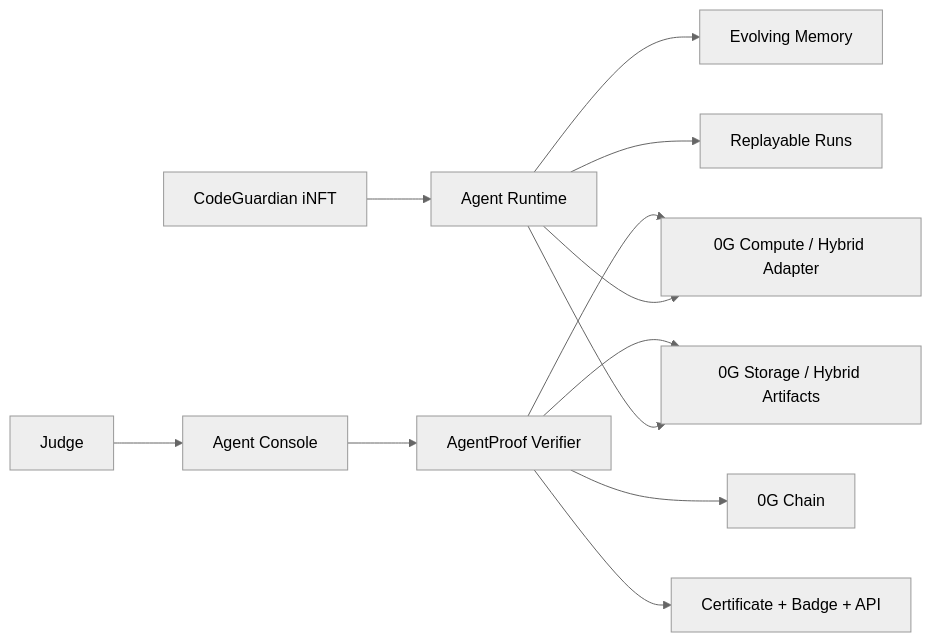
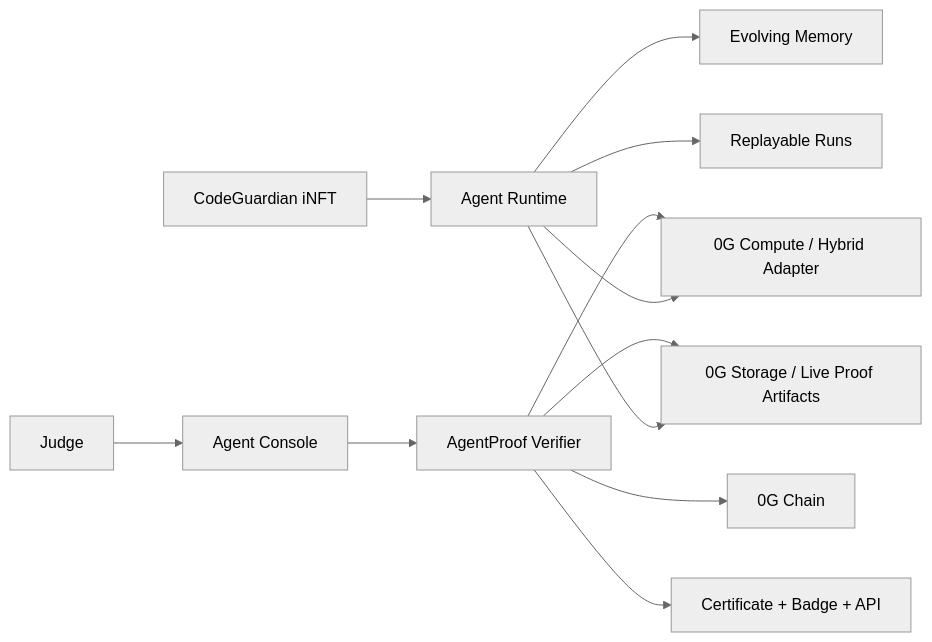
Before and after one commit to fefe102/Proof-of-Intelligence-Explorer: the diagram in README.md, drawn with Mermaid (neutral theme). The commit also changed other lines of this file and 9 other files, not shown here.

Commit message:
docs: align submission with live proof evidence

````diff
--- a/README.md
+++ b/README.md
@@ -191,14 +194,14 @@
 ```mermaid
 flowchart LR
   CodeGuardian["CodeGuardian iNFT"] --> Runtime["Agent Runtime"]
   Runtime --> Memory["Evolving Memory"]
   Runtime --> Trace["Replayable Runs"]
   Runtime --> Compute["0G Compute / Hybrid Adapter"]
-  Runtime --> Storage["0G Storage / Hybrid Artifacts"]
+  Runtime --> Storage["0G Storage / Live Proof Artifacts"]
   AgentProof["AgentProof Verifier"] --> Chain["0G Chain"]
   AgentProof --> Storage
   AgentProof --> Compute
   AgentProof --> Cert["Certificate + Badge + API"]
   Judge["Judge"] --> Console["Agent Console"]
   Console --> AgentProof
 ```
````
